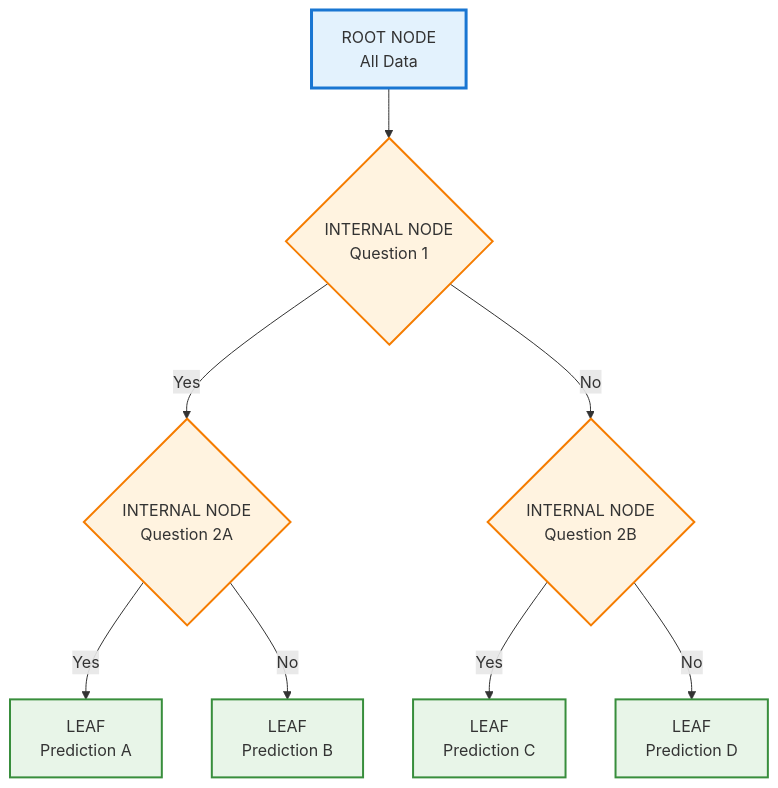
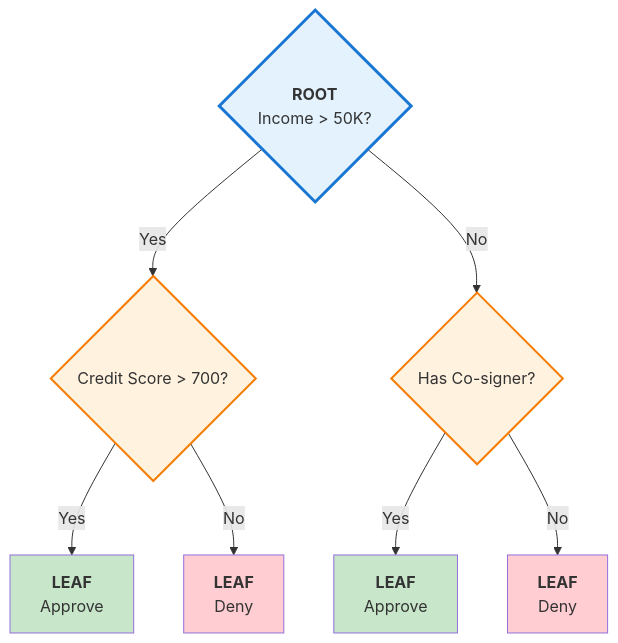
One commit to bradleyboehmke/uc-bana-4080 changed the diagram in slides/week-11.qmd. Above: the diagram before and after it, drawn with Mermaid. The commit also changed other lines of this file and 4 other files, not shown here.

````diff
--- a/slides/week-11.qmd
+++ b/slides/week-11.qmd
@@ -348,21 +291,20 @@
 ```{mermaid}
-%%| fig-width: 5
+%%| fig-width: 4.6
 %%| echo: false
 flowchart TD
-    A["ROOT NODE<br/>All Data"] --> B{"INTERNAL NODE<br/>Question 1"}
-    B -->|Yes| C{"INTERNAL NODE<br/>Question 2A"}
-    B -->|No| D{"INTERNAL NODE<br/>Question 2B"}
-    C -->|Yes| E["LEAF<br/>Prediction A"]
-    C -->|No| F["LEAF<br/>Prediction B"]
-    D -->|Yes| G["LEAF<br/>Prediction C"]
-    D -->|No| H["LEAF<br/>Prediction D"]
+    B{"<b>ROOT</b><br/>Income > 50K?"}
+    B -->|Yes| C{"Credit Score > 700?"}
+    B -->|No| D{"Has Co-signer?"}
+    C -->|Yes| E["<b>LEAF</b><br/>Approve"]
+    C -->|No| F["<b>LEAF</b><br/>Deny"]
+    D -->|Yes| G["<b>LEAF</b><br/>Approve"]
+    D -->|No| H["<b>LEAF</b><br/>Deny"]
 
-    style A fill:#e3f2fd,stroke:#1976d2,stroke-width:3px
-    style B fill:#fff3e0,stroke:#f57c00,stroke-width:2px
+    style B fill:#e3f2fd,stroke:#1976d2,stroke-width:3px
     style C fill:#fff3e0,stroke:#f57c00,stroke-width:2px
     style D fill:#fff3e0,stroke:#f57c00,stroke-width:2px
-    style E fill:#e8f5e8,stroke:#388e3c,stroke-width:2px
-    style F fill:#e8f5e8,stroke:#388e3c,stroke-width:2px
-    style G fill:#e8f5e8,stroke:#388e3c,stroke-width:2px
-    style H fill:#e8f5e8,stroke:#388e3c,stroke-width:2px
+    style E fill:#c8e6c9
+    style F fill:#ffcdd2
+    style G fill:#c8e6c9
+    style H fill:#ffcdd2
 ```
````
